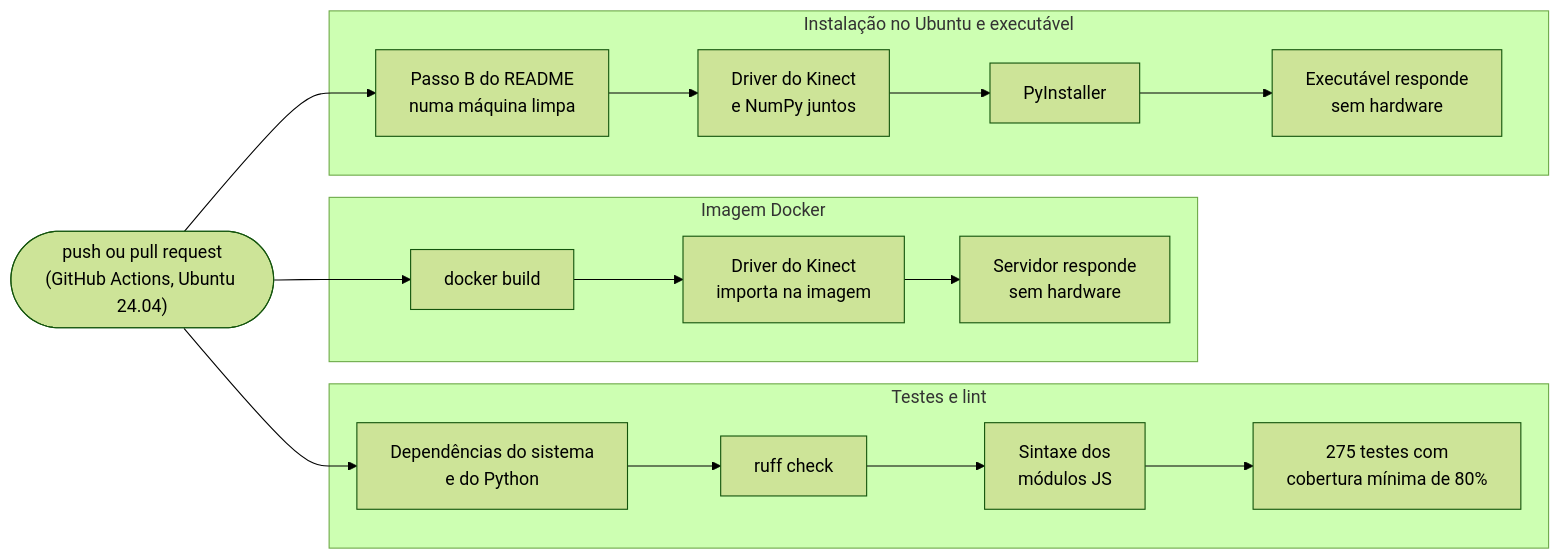
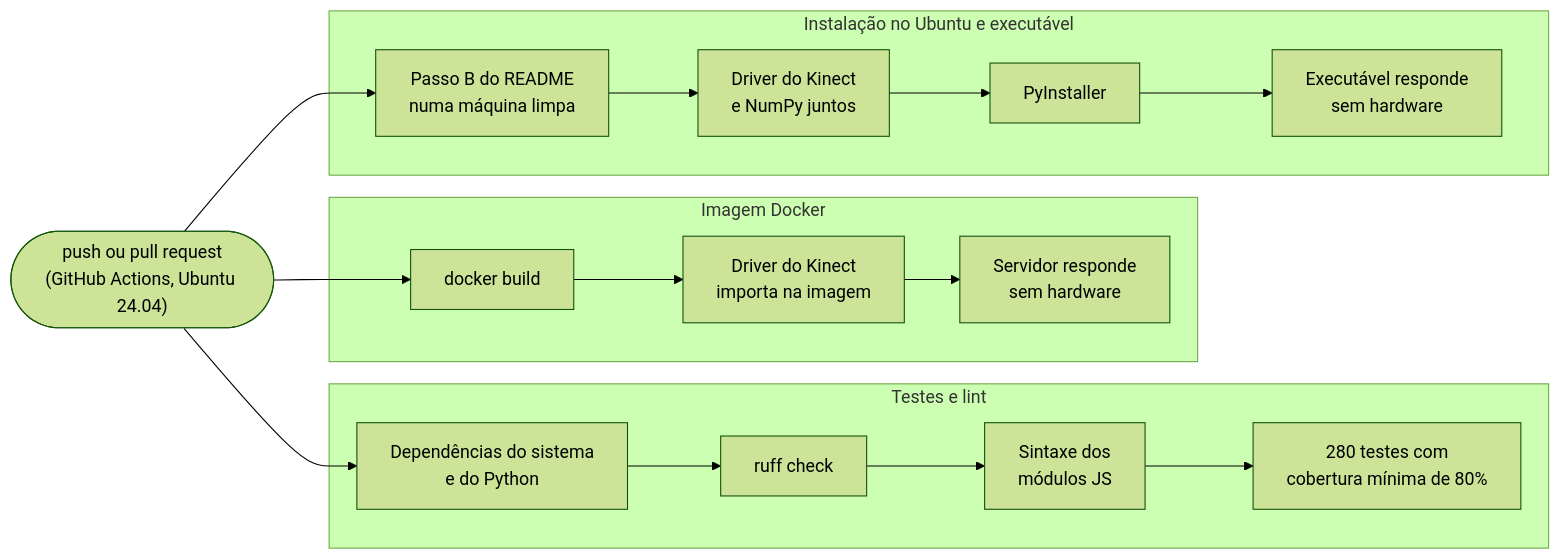
Before and after one commit to Kauan-V-Marques/AGV: diagram 20 of 22 in README.md, drawn with Mermaid (forest theme). The commit also changed other lines of this file and 1 other file, not shown here.

````diff
--- a/README.md
+++ b/README.md
@@ -1480,15 +1480,15 @@
 ```mermaid
 flowchart LR
     subgraph T["Testes e lint"]
-        T1["Dependências do sistema<br/>e do Python"] --> T2["ruff check"] --> T3["Sintaxe dos<br/>módulos JS"] --> T4["275 testes com<br/>cobertura mínima de 80%"]
+        T1["Dependências do sistema<br/>e do Python"] --> T2["ruff check"] --> T3["Sintaxe dos<br/>módulos JS"] --> T4["280 testes com<br/>cobertura mínima de 80%"]
     end
     subgraph D["Imagem Docker"]
         D1["docker build"] --> D2["Driver do Kinect<br/>importa na imagem"] --> D3["Servidor responde<br/>sem hardware"]
     end
     subgraph E["Instalação no Ubuntu e executável"]
         E1["Passo B do README<br/>numa máquina limpa"] --> E2["Driver do Kinect<br/>e NumPy juntos"] --> E3["PyInstaller"] --> E4["Executável responde<br/>sem hardware"]
     end
     P(["push ou pull request<br/>(GitHub Actions, Ubuntu 24.04)"]) --> T1
     P --> D1
     P --> E1
 ```
````
